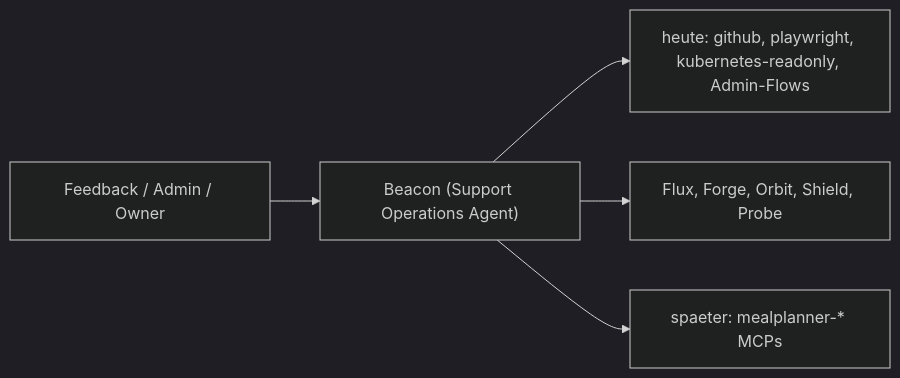
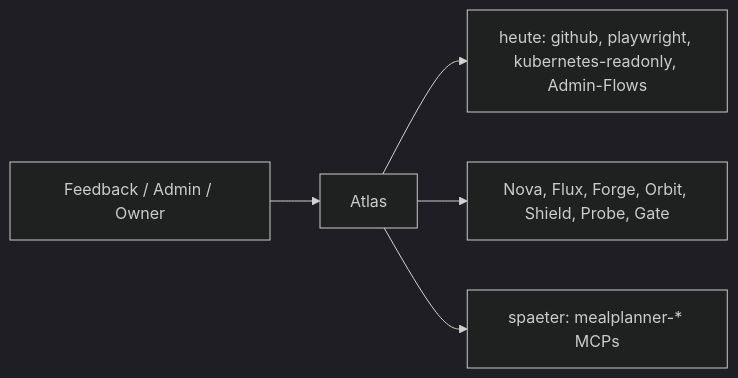
Before and after one commit to aidun/mealplanner: the second of 2 diagrams in docs/ARCHITECTURE.md, drawn with Mermaid (dark theme). The commit also changed other lines of this file and 4 other files, not shown here.

````diff
--- a/docs/ARCHITECTURE.md
+++ b/docs/ARCHITECTURE.md
@@ -209,7 +209,7 @@
 ```mermaid
 flowchart LR
-    INPUT["Feedback / Admin / Owner"] --> SOA["Beacon (Support Operations Agent)"]
-    SOA --> TOOLS["heute: github, playwright, kubernetes-readonly, Admin-Flows"]
-    SOA --> TEAM["Flux, Forge, Orbit, Shield, Probe"]
-    SOA --> FUTURE["spaeter: mealplanner-* MCPs"]
+    INPUT["Feedback / Admin / Owner"] --> LEAD["Atlas"]
+    LEAD --> TOOLS["heute: github, playwright, kubernetes-readonly, Admin-Flows"]
+    LEAD --> TEAM["Nova, Flux, Forge, Orbit, Shield, Probe, Gate"]
+    LEAD --> FUTURE["spaeter: mealplanner-* MCPs"]
 ```
````
